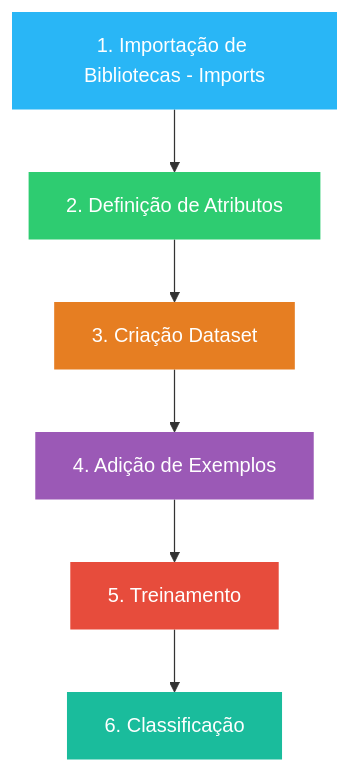
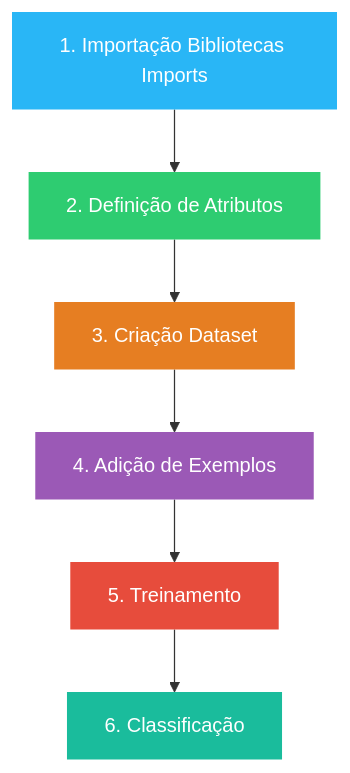
One commit to DiegoSilvaDev/project-with-weka changed the diagram in README.md. Above: the diagram before and after it, drawn with Mermaid. The commit also changed other lines of this file, not shown here.

````diff
--- a/README.md
+++ b/README.md
@@ -66,21 +68,21 @@
 ```mermaid
     flowchart TD
         %% Configuração global para linhas brancas
         %% {init: {'theme': 'base', 'themVariables': {'lineColor': '#fff', 'arrowHeader': '#fff'}}}%%         
-        A[1. Importação de Bibliotecas - Imports]
+        A[1. Importação Bibliotecas Imports]
         B[2. Definição de Atributos]
         C[3. Criação Dataset]
         D[4. Adição de Exemplos]
         E[5. Treinamento]
         F[6. Classificação]
         
         A --> B --> C --> D --> E --> F
         
         %% Aplicação dos Estilos (Fundo, Borda e Cor do Texto)
         style A fill:#29b6f6,stroke:none,color:#fff
         style B fill:#2ecc71,stroke:none,color:#fff
         style C fill:#e67e22,stroke:none,color:#fff
         style D fill:#9b59b6,stroke:none,color:#fff
         style E fill:#e74c3c,stroke:none,color:#fff
         style F fill:#1abc9c,stroke:none,color:#fff
 ```
````
